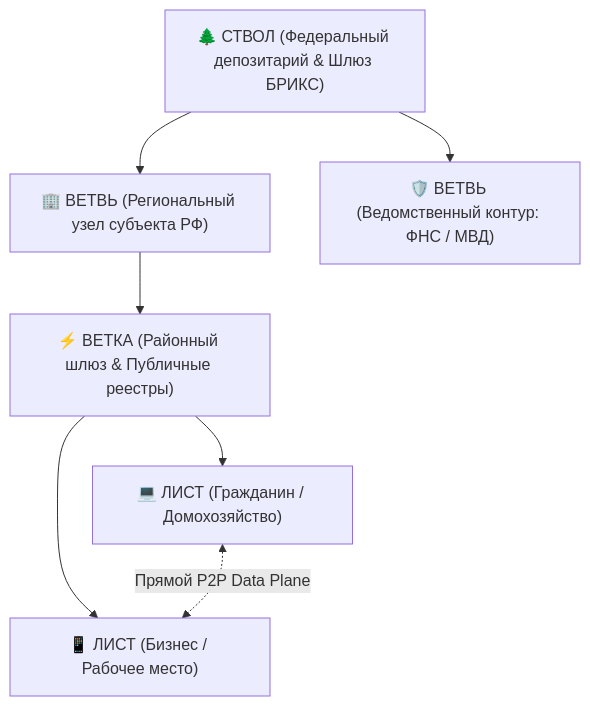
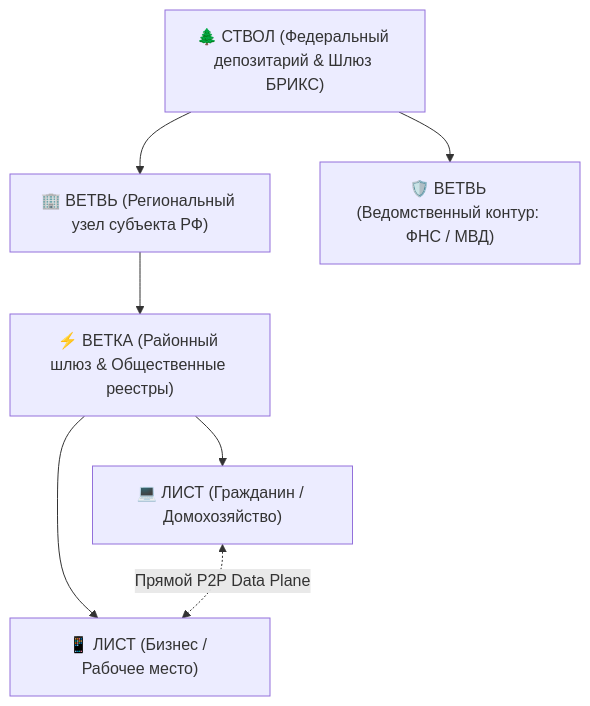
The first of 12 diagrams in architecture_presentations/01_topology_and_sovereignty/docs/presentation_deck.md (Data-Independence-Network/presentations), drawn with Mermaid before and after one commit. The commit also changed other lines of this file and 81 other files, not shown here.

```diff
--- a/architecture_presentations/01_topology_and_sovereignty/docs/presentation_deck.md
+++ b/architecture_presentations/01_topology_and_sovereignty/docs/presentation_deck.md
@@ -25,16 +25,16 @@
         <div class="mermaid">
 graph TD
     Trunk["🌲 СТВОЛ (Федеральный депозитарий & Шлюз БРИКС)"]
     BranchReg["🏢 ВЕТВЬ (Региональный узел субъекта РФ)"]
     BranchGov["🛡️ ВЕТВЬ (Ведомственный контур: ФНС / МВД)"]
-    SubBranch["⚡ ВЕТКА (Районный шлюз & Публичные реестры)"]
+    SubBranch["⚡ ВЕТКА (Районный шлюз & Общественные реестры)"]
     Leaf1["💻 ЛИСТ (Гражданин / Домохозяйство)"]
     Leaf2["📱 ЛИСТ (Бизнес / Рабочее место)"]
 
     Trunk --> BranchReg
     Trunk --> BranchGov
     BranchReg --> SubBranch
     SubBranch --> Leaf1
     SubBranch --> Leaf2
     Leaf1 <.->|Прямой P2P Data Plane| Leaf2
         </div>
```
